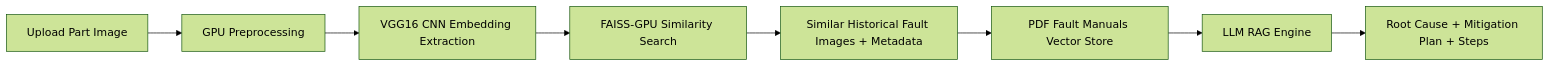
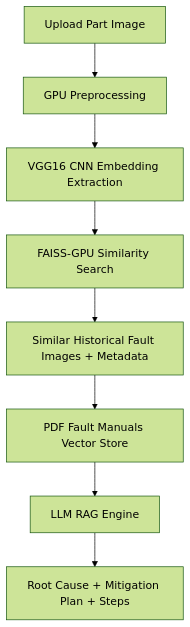
The diagram in README.md (manuelbomi/GPU-Accelerated-Visual-Fault-Diagnostics-with-RAG-Maintenance-PDF-Intelligence), drawn with Mermaid (forest theme) before and after one commit.

````diff
--- a/README.md
+++ b/README.md
@@ -34,13 +34,13 @@
 ```mermaid
 
-flowchart LR
+flowchart TD
 
 A[Upload Part Image] --> B[GPU Preprocessing]
 B --> C[VGG16 CNN Embedding Extraction]
 C --> D[FAISS-GPU Similarity Search]
 D --> E[Similar Historical Fault Images + Metadata]
 
 E --> F[PDF Fault Manuals Vector Store]
 F --> G[LLM RAG Engine]
 G --> H[Root Cause + Mitigation Plan + Steps]
 ```
````
